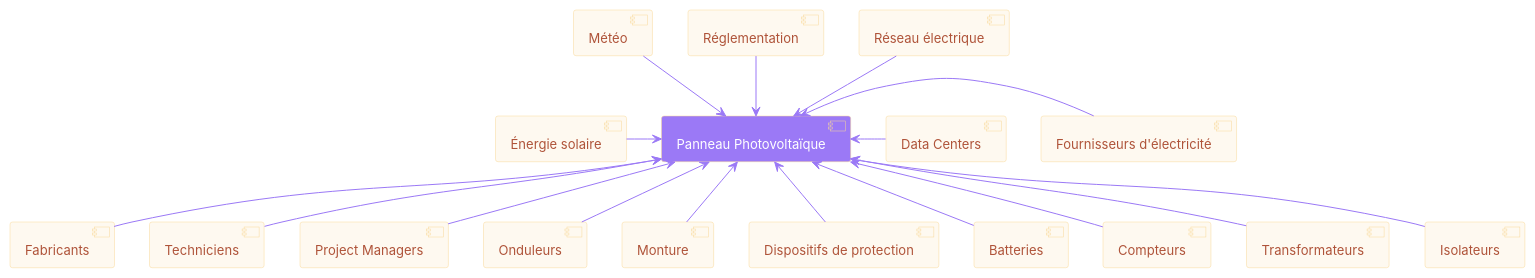
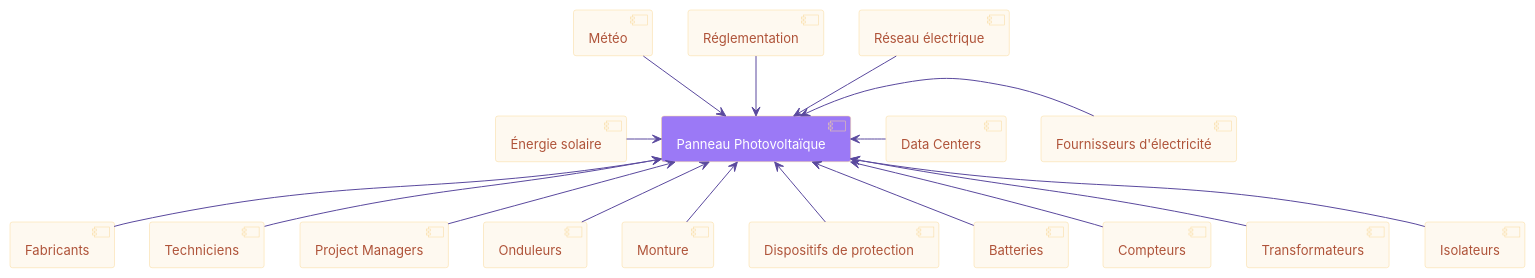
One commit to samidare-co/ingenierie-panneau-solaire changed the diagram in diagramme_de_contexte.puml. Above: the diagram before and after it, drawn with PlantUML.

Commit message:
refactor : diagramme de contexte orange violet

```diff
--- a/diagramme_de_contexte.puml
+++ b/diagramme_de_contexte.puml
@@ -2,39 +2,39 @@
 @startuml
 skinparam backgroundColor white
 
 skinparam component {
    FontSize 13
   BackgroundColor<<Apache>> #9B79F6
   BorderColor<<Apache>> #FFC57A
   FontName Inter
 FontColor #AF5339
   BorderColor #F8D898
 
   BackgroundColor #FEF9F0
   ArrowFontName Impact
 
-  ArrowColor #9B79F6
+  ArrowColor #5A499E
   ArrowFontColor #777777
 }
 [A] as "<color:white>Panneau Photovoltaïque</color>" #9B79F6
 
 
 [Énergie solaire] -right-> [A]
 [Fournisseurs d'électricité] -left-> [A]
 [Data Centers] -left-> [A]
 
 [Météo] -down-> [A]
 [Réglementation] -down-> [A]
 [Réseau électrique] -down-> [A]
 [Fabricants] -up-> [A]
 [Techniciens] -up-> [A]
 [Project Managers] -up-> [A]
 [Onduleurs] -up-> [A]
 [Monture] -up-> [A]
 [Dispositifs de protection] -up-> [A]
 [Batteries] -up-> [A]
 [Compteurs] -up-> [A]
 [Transformateurs] -up-> [A]
 [Isolateurs] -up-> [A]
 
 @enduml
```
